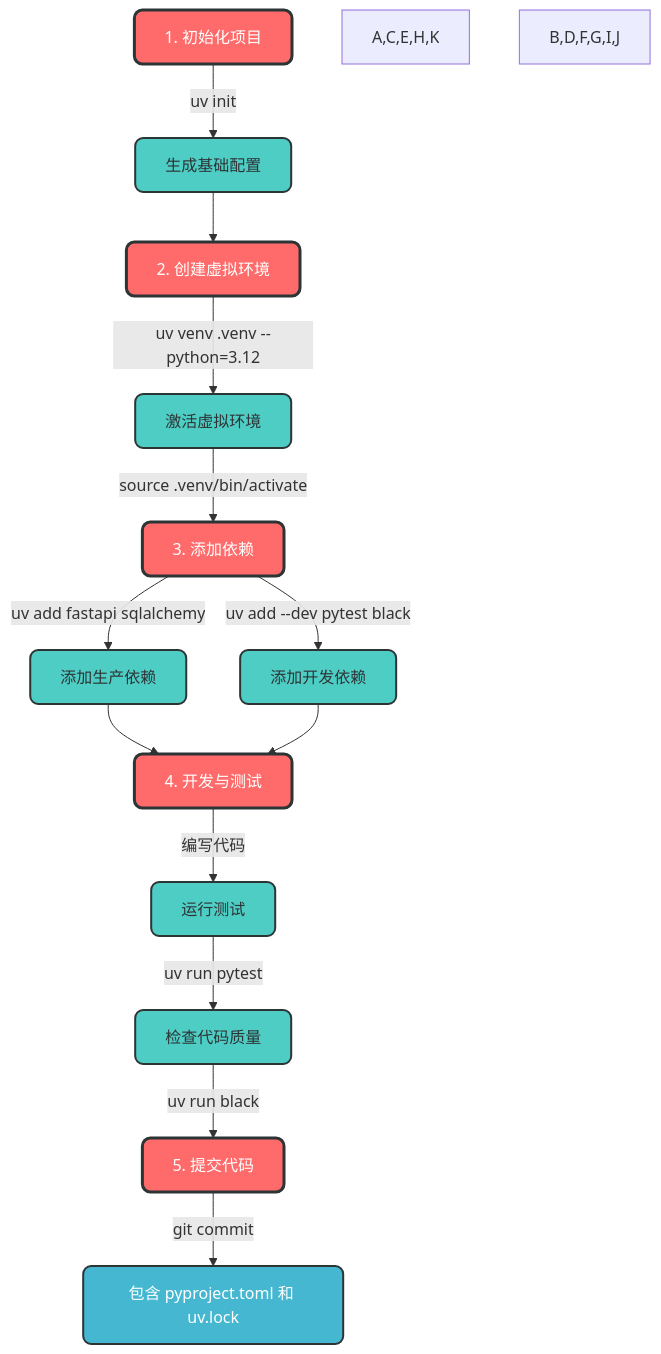
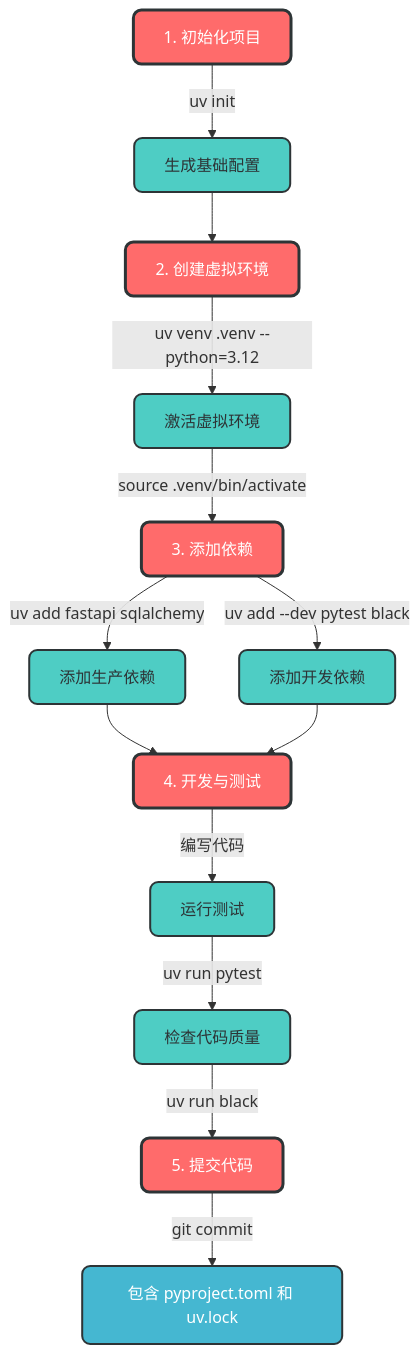
One commit to amuqiao/fastapi-enterprise-framework-template changed the sixth of 8 diagrams in docs/uv 管理 python 虚拟环境/uv 完整使用指南.md. Above: the diagram before and after it, drawn with Mermaid. The commit also changed other lines of this file, not shown here.

````diff
--- a/docs/uv 管理 python 虚拟环境/uv 完整使用指南.md
+++ b/docs/uv 管理 python 虚拟环境/uv 完整使用指南.md
@@ -274,23 +274,23 @@
 ```mermaid
 flowchart TD
     A[1. 初始化项目] -->|uv init| B[生成基础配置]
     B --> C[2. 创建虚拟环境]
     C -->|uv venv .venv --python=3.12| D[激活虚拟环境]
     D -->|source .venv/bin/activate| E[3. 添加依赖]
     E -->|uv add fastapi sqlalchemy| F[添加生产依赖]
     E -->|uv add --dev pytest black| G[添加开发依赖]
     F --> H[4. 开发与测试]
     G --> H
     H -->|编写代码| I[运行测试]
     I -->|uv run pytest| J[检查代码质量]
     J -->|uv run black| K[5. 提交代码]
     K -->|git commit| L[包含 pyproject.toml 和 uv.lock]
     
     classDef step fill:#FF6B6B,stroke:#2D3436,stroke-width:3px,color:white,rx:8,ry:8;
     classDef action fill:#4ECDC4,stroke:#2D3436,stroke-width:2px,color:#2D3436,rx:8,ry:8;
     classDef result fill:#45B7D1,stroke:#2D3436,stroke-width:2px,color:white,rx:8,ry:8;
     
-    A,C,E,H,K:::step;
-    B,D,F,G,I,J:::action;
-    L:::result;
+    class A,C,E,H,K step;
+    class B,D,F,G,I,J action;
+    class L result;
 ```
````
